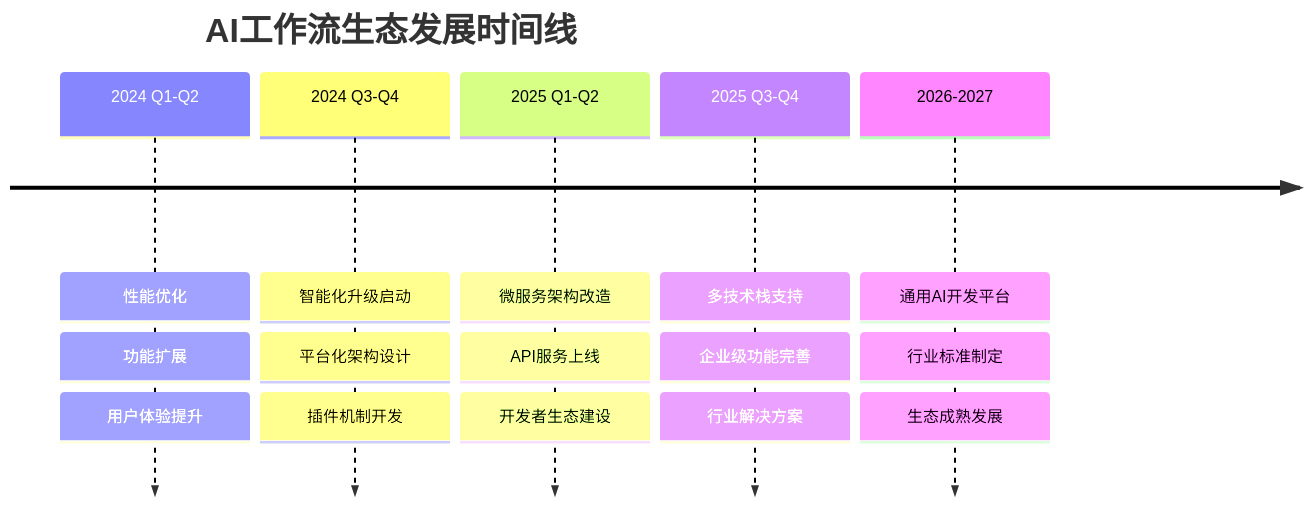
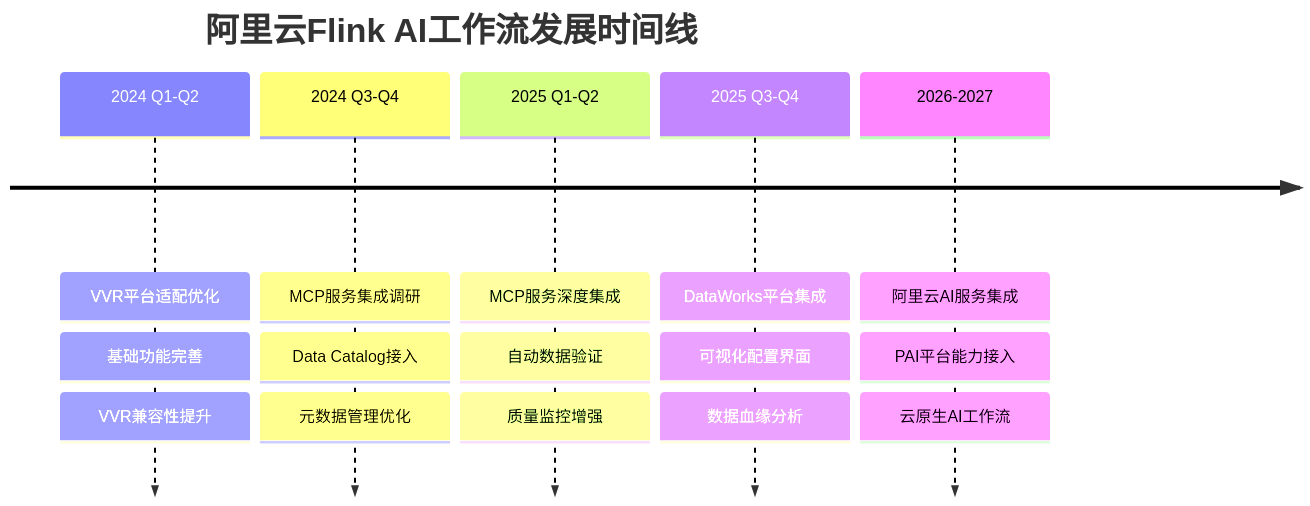
The sixth of 7 diagrams in FLINK-AI-WORKFLOW-ARCHITECTURE.md (velamen-L/flink-task), drawn with Mermaid before and after one commit. The commit also changed other lines of this file and 3 other files, not shown here.

````diff
--- a/FLINK-AI-WORKFLOW-ARCHITECTURE.md
+++ b/FLINK-AI-WORKFLOW-ARCHITECTURE.md
@@ -1214,24 +1195,24 @@
 ```mermaid
 timeline
-    title AI工作流生态发展时间线
+    title 阿里云Flink AI工作流发展时间线
     
-    2024 Q1-Q2 : 性能优化
-                : 功能扩展
-                : 用户体验提升
+    2024 Q1-Q2 : VVR平台适配优化
+                : 基础功能完善
+                : VVR兼容性提升
     
-    2024 Q3-Q4 : 智能化升级启动
-                : 平台化架构设计
-                : 插件机制开发
+    2024 Q3-Q4 : MCP服务集成调研
+                : Data Catalog接入
+                : 元数据管理优化
     
-    2025 Q1-Q2 : 微服务架构改造
-                : API服务上线
-                : 开发者生态建设
+    2025 Q1-Q2 : MCP服务深度集成
+                : 自动数据验证
+                : 质量监控增强
     
-    2025 Q3-Q4 : 多技术栈支持
-                : 企业级功能完善
-                : 行业解决方案
+    2025 Q3-Q4 : DataWorks平台集成
+                : 可视化配置界面
+                : 数据血缘分析
     
-    2026-2027  : 通用AI开发平台
-                : 行业标准制定
-                : 生态成熟发展
+    2026-2027  : 阿里云AI服务集成
+                : PAI平台能力接入
+                : 云原生AI工作流
 ```
````
